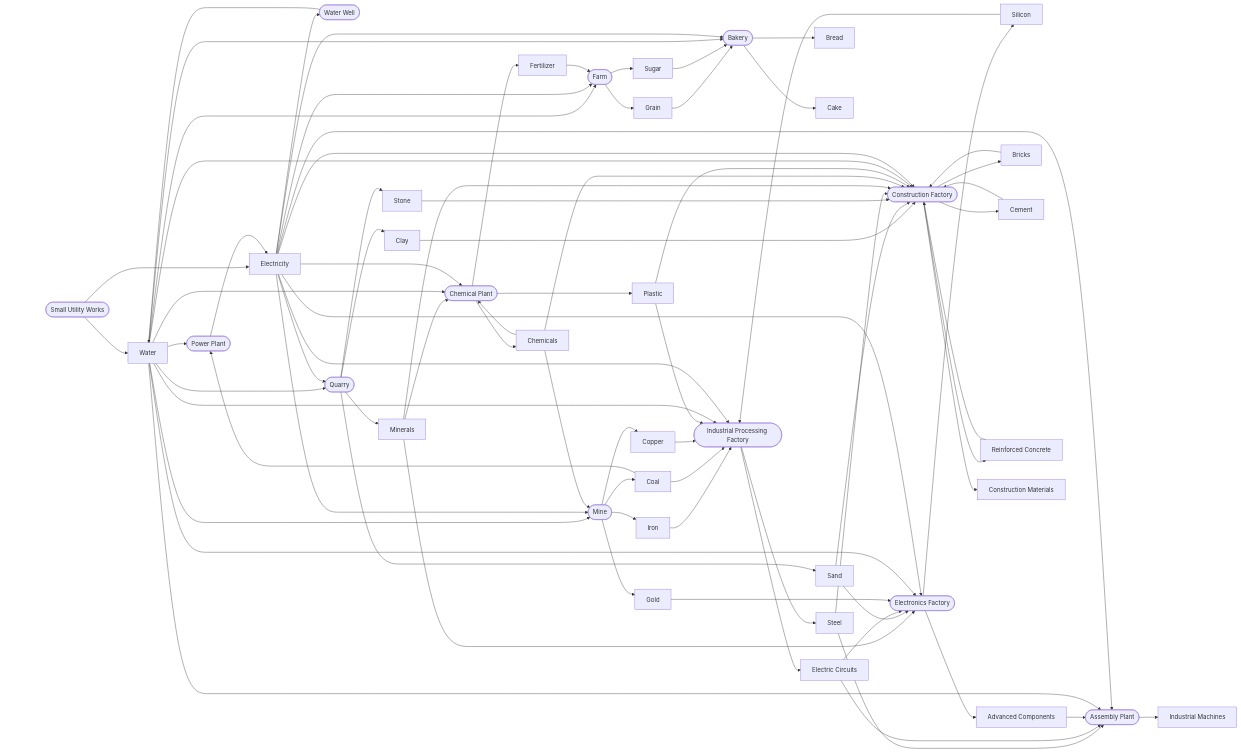
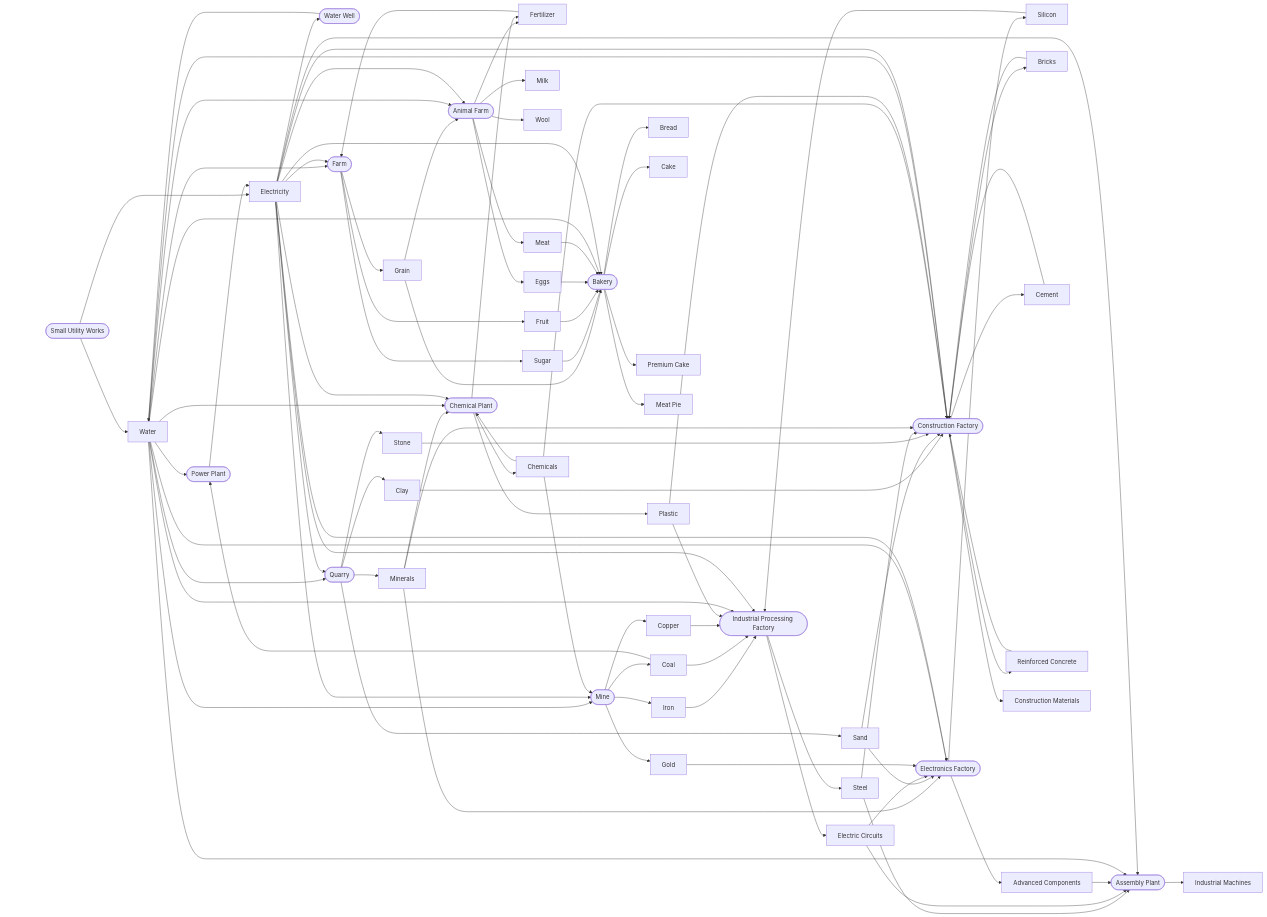
Before and after one commit to gram12321/industriClicker: the second of 2 diagrams in docs/WorkingDocs/VariableRelationshipMap.md, drawn with Mermaid. The commit also changed other lines of this file and 24 other files, not shown here.

Commit message:
0.00352 new ressources animal farm + multiple output framework

```diff
--- a/docs/WorkingDocs/VariableRelationshipMap.md
+++ b/docs/WorkingDocs/VariableRelationshipMap.md
@@ -201,6 +241,7 @@
   electricity[Electricity]
   powerPlant([Power Plant])
   farm([Farm])
+  animalFarm([Animal Farm])
   bakery([Bakery])
   mine([Mine])
   quarry([Quarry])
@@ -223,12 +264,26 @@
   fertilizer --> farm
   farm --> grain[Grain]
   farm --> sugar[Sugar]
+  farm --> fruit[Fruit]
+  grain --> animalFarm
+  water --> animalFarm
+  electricity --> animalFarm
+  animalFarm --> meat[Meat]
+  animalFarm --> milk[Milk]
+  animalFarm --> wool[Wool]
+  animalFarm --> eggs[Eggs]
+  animalFarm --> fertilizer[Fertilizer]
   grain --> bakery
   sugar --> bakery
+  fruit --> bakery
+  eggs --> bakery
+  meat --> bakery
   water --> bakery
   electricity --> bakery
   bakery --> bread[Bread]
   bakery --> cake[Cake]
+  bakery --> premiumCake[Premium Cake]
+  bakery --> meatPie[Meat Pie]
 
   water --> mine
   electricity --> mine
```
